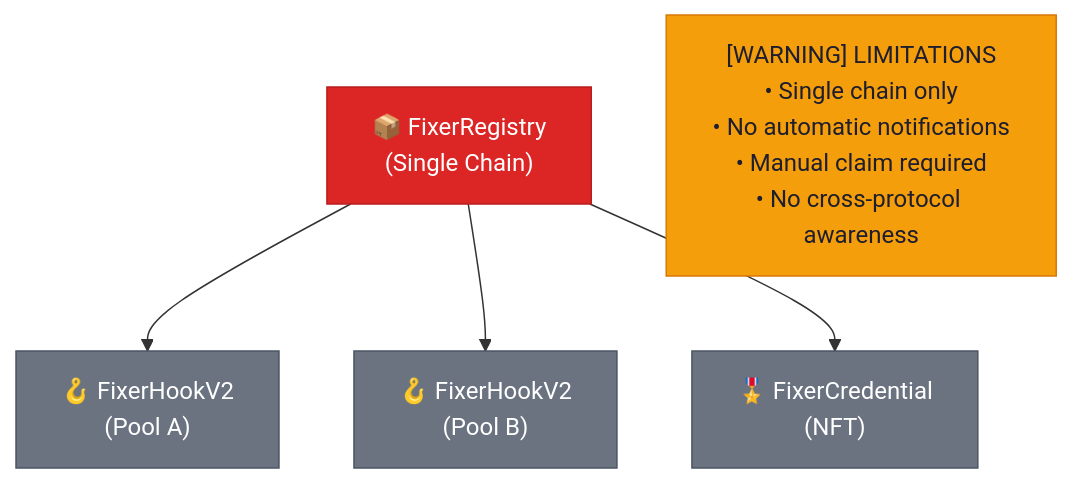
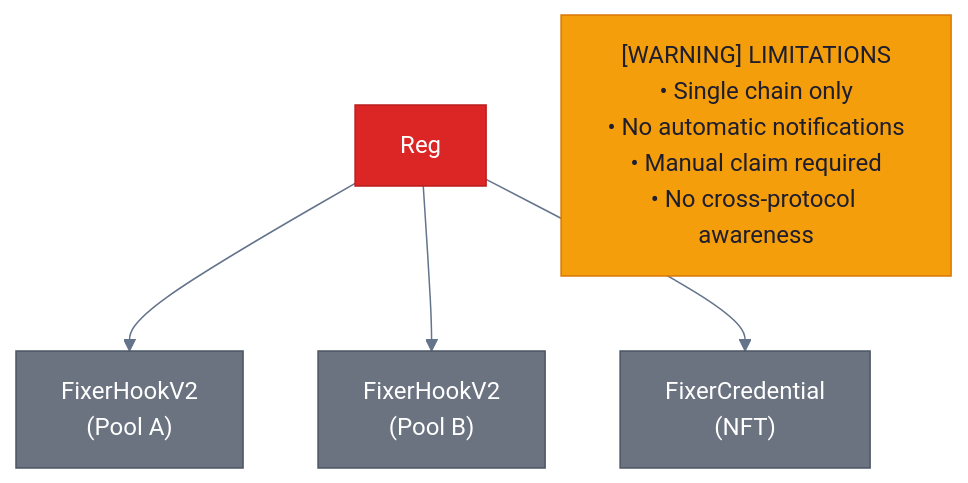
Before and after one commit to guglxni/the-fixer-hook: the fourth of 8 diagrams in docs/REACTIVE_NETWORK_INTEGRATION.md, drawn with Mermaid. The commit also changed other lines of this file and 514 other files, not shown here.

Commit message:
Clean docs: remove emojis, add professional mermaid styling

````diff
--- a/docs/REACTIVE_NETWORK_INTEGRATION.md
+++ b/docs/REACTIVE_NETWORK_INTEGRATION.md
@@ -208,15 +202,13 @@
 ```mermaid
+%%{init: {'theme': 'neutral', 'themeVariables': { 'primaryColor': '#2563eb', 'primaryTextColor': '#1e293b', 'primaryBorderColor': '#3b82f6', 'lineColor': '#64748b', 'secondaryColor': '#f1f5f9', 'tertiaryColor': '#e2e8f0'}}}%%
 flowchart TD
-    Reg["📦 FixerRegistry\n(Single Chain)"]
-    Reg --> HookA["🪝 FixerHookV2\n(Pool A)"]
-    Reg --> HookB["🪝 FixerHookV2\n(Pool B)"]
-    Reg --> Cred["🎖️ FixerCredential\n(NFT)"]
-
+    Reg --> HookA[" FixerHookV2\n(Pool A)"]
+    Reg --> HookB[" FixerHookV2\n(Pool B)"]
+    Reg --> Cred[" FixerCredential\n(NFT)"]
     Limits["[WARNING] LIMITATIONS\n• Single chain only\n• No automatic notifications\n• Manual claim required\n• No cross-protocol awareness"]
-
     style Reg fill:#DC2626,color:#FFFFFF,stroke:#B91C1C
     style HookA fill:#6B7280,color:#FFFFFF,stroke:#4B5563
     style HookB fill:#6B7280,color:#FFFFFF,stroke:#4B5563
     style Cred fill:#6B7280,color:#FFFFFF,stroke:#4B5563
     style Limits fill:#F59E0B,color:#1E1E2E,stroke:#D97706
 ```
````
